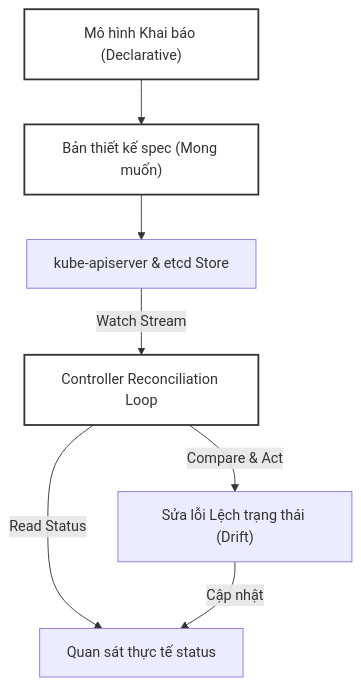
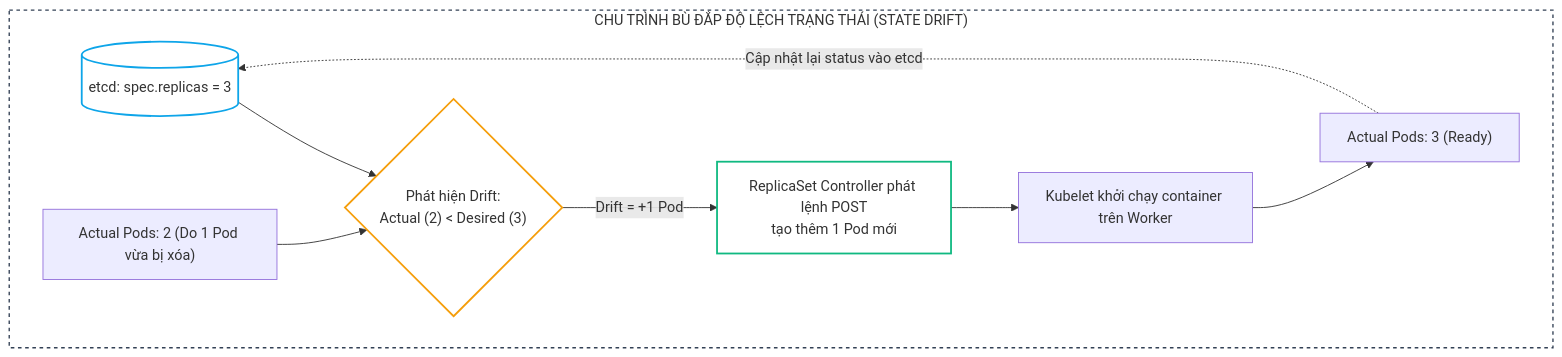
The fourth of 6 diagrams in _posts/2026-09-12-cka-03-03-doi-tuong-api-va-vong-doi-dieu-hoa.md (kiennt308/ntk), drawn with Mermaid before and after one commit. The commit also changed other lines of this file and 161 other files, not shown here.

````diff
--- a/_posts/2026-09-12-cka-03-03-doi-tuong-api-va-vong-doi-dieu-hoa.md
+++ b/_posts/2026-09-12-cka-03-03-doi-tuong-api-va-vong-doi-dieu-hoa.md
@@ -422,13 +175,23 @@
 ```mermaid
 graph TD
-    A["Mô hình Khai báo (Declarative)"] --> B["Bản thiết kế spec (Mong muốn)"]
-    B --> C["kube-apiserver & etcd Store"]
-    C -->|"Watch Stream"| D["Controller Reconciliation Loop"]
-    D -->|"Read Status"| E["Quan sát thực tế status"]
-    D -->|"Compare & Act"| F["Sửa lỗi Lệch trạng thái (Drift)"]
-    F -->|"Cập nhật"| E
+    subgraph DESIRED_VS_ACTUAL["CHU TRÌNH BÙ ĐẮP ĐỘ LỆCH TRẠNG THÁI (STATE DRIFT)"]
+        SPEC_STORE[("etcd: spec.replicas = 3")]
+        OBSERVED_PODS["Actual Pods: 2 (Do 1 Pod vừa bị xóa)"]
+        DRIFT_DETECT{"Phát hiện Drift:<br/>Actual (2) < Desired (3)"}
+        RECONCILE_ACTION["ReplicaSet Controller phát lệnh POST<br/>tạo thêm 1 Pod mới"]
+        KUBELET_RUN["Kubelet khởi chạy container trên Worker"]
+        NEW_STATUS["Actual Pods: 3 (Ready)"]
+    end
 
-    style A fill:none,stroke:#333,stroke-width:2px
-    style B fill:none,stroke:#333,stroke-width:2px
-    style D fill:none,stroke:#333,stroke-width:2px
+    SPEC_STORE --> DRIFT_DETECT
+    OBSERVED_PODS --> DRIFT_DETECT
+    DRIFT_DETECT -->|"Drift = +1 Pod"| RECONCILE_ACTION
+    RECONCILE_ACTION --> KUBELET_RUN
+    KUBELET_RUN --> NEW_STATUS
+    NEW_STATUS -.->|"Cập nhật lại status vào etcd"| SPEC_STORE
+
+    style DESIRED_VS_ACTUAL fill:none,stroke:#334155,stroke-width:1.5px,stroke-dasharray:4 4
+    style SPEC_STORE fill:none,stroke:#0ea5e9,stroke-width:2px
+    style DRIFT_DETECT fill:none,stroke:#f59e0b,stroke-width:2px
+    style RECONCILE_ACTION fill:none,stroke:#10b981,stroke-width:2px
 ```
````
